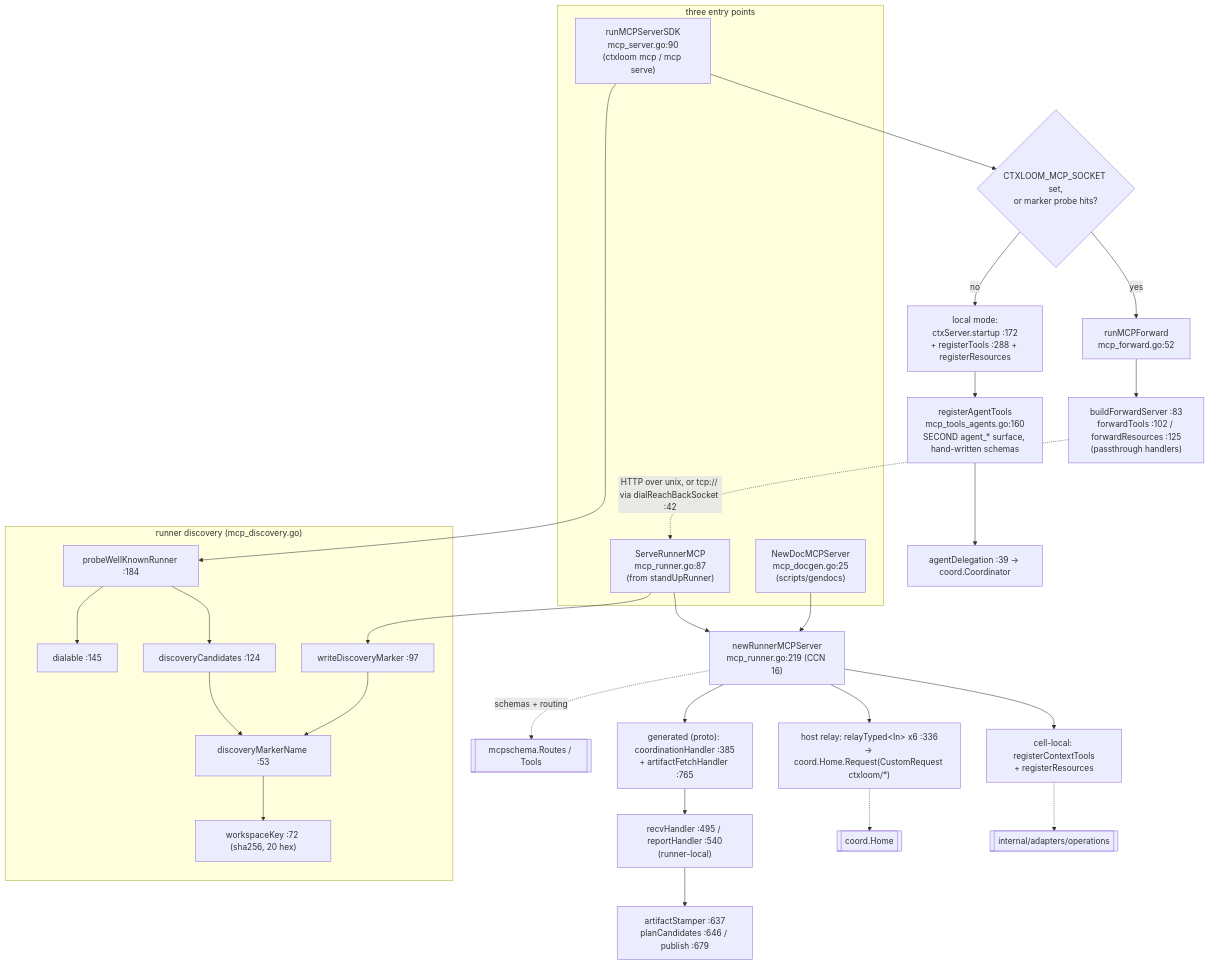
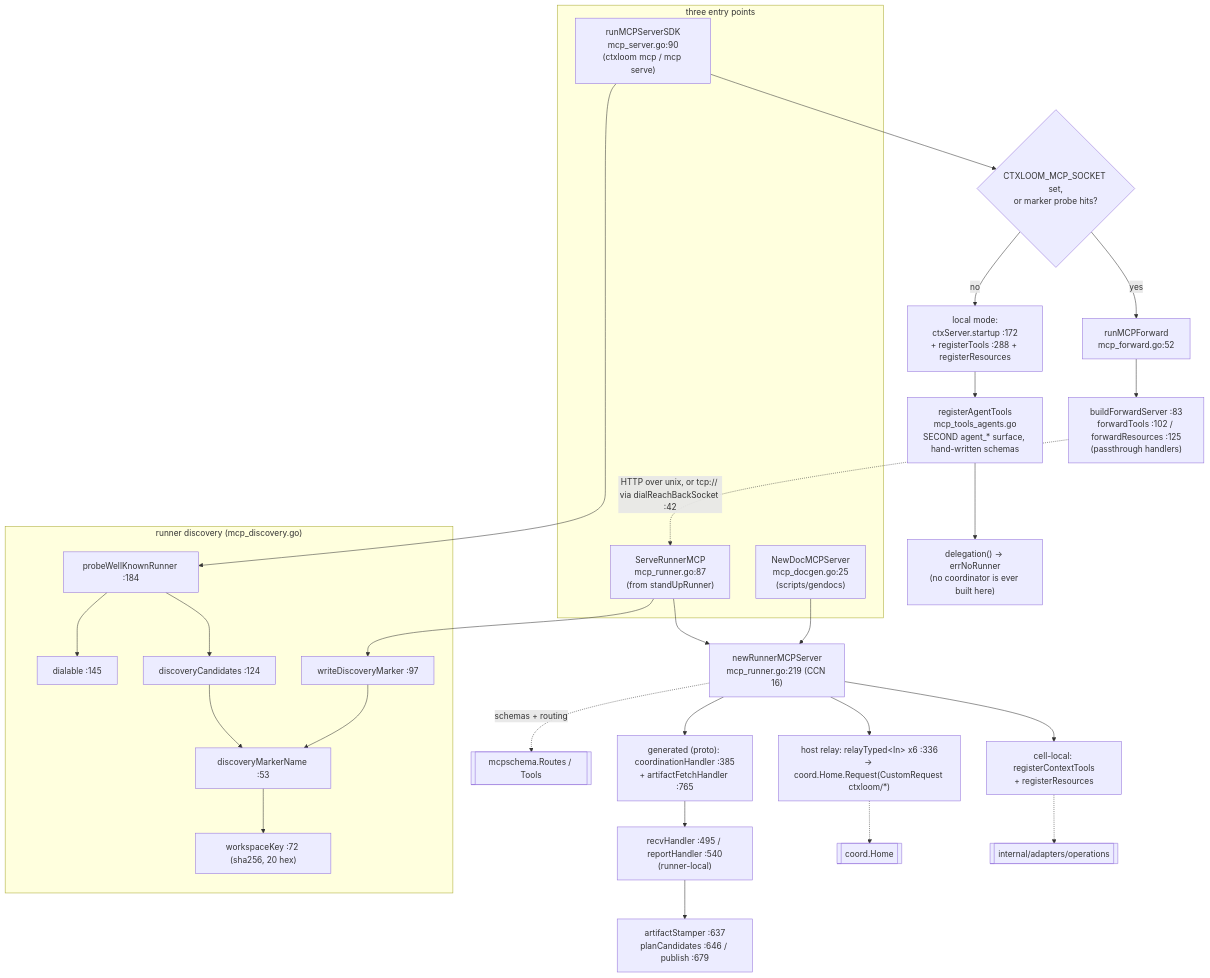
The diagram in docs/architecture/cli/mcp.md (ctxloom/ctxloom), drawn with Mermaid before and after one commit. The commit also changed other lines of this file and 1 other file, not shown here.

First line of the commit message:
docs(arch): a coordinator is hosted only by a runner — the shim's "local mode" refuses delegation, a second owner is refused

````diff
--- a/docs/architecture/cli/mcp.md
+++ b/docs/architecture/cli/mcp.md
@@ -19,39 +30,39 @@
 ```mermaid
 flowchart TD
     subgraph entry["three entry points"]
         A["runMCPServerSDK<br/>mcp_server.go:90<br/>(ctxloom mcp / mcp serve)"]
         B["ServeRunnerMCP<br/>mcp_runner.go:87<br/>(from standUpRunner)"]
         C["NewDocMCPServer<br/>mcp_docgen.go:25<br/>(scripts/gendocs)"]
     end
 
     A --> TRI{"CTXLOOM_MCP_SOCKET set,<br/>or marker probe hits?"}
     TRI -->|yes| F["runMCPForward<br/>mcp_forward.go:52"]
     TRI -->|no| L["local mode:<br/>ctxServer.startup :172<br/>+ registerTools :288 + registerResources"]
 
     F --> FS["buildForwardServer :83<br/>forwardTools :102 / forwardResources :125<br/>(passthrough handlers)"]
     FS -.->|"HTTP over unix, or tcp:// via dialReachBackSocket :42"| B
 
     B --> N["newRunnerMCPServer<br/>mcp_runner.go:219 (CCN 16)"]
     C --> N
 
     N --> R1["cell-local: registerContextTools<br/>+ registerResources"]
     N --> R2["host relay: relayTyped&lt;In&gt; x6 :336<br/>→ coord.Home.Request(CustomRequest ctxloom/*)"]
     N --> R3["generated (proto): coordinationHandler :385<br/>+ artifactFetchHandler :765"]
     R3 --> RH["recvHandler :495 / reportHandler :540<br/>(runner-local)"]
     RH --> ST["artifactStamper :637<br/>planCandidates :646 / publish :679"]
 
-    L --> AT["registerAgentTools<br/>mcp_tools_agents.go:160<br/>SECOND agent_* surface, hand-written schemas"]
-    AT --> AD["agentDelegation :39 → coord.Coordinator"]
+    L --> AT["registerAgentTools<br/>mcp_tools_agents.go<br/>SECOND agent_* surface, hand-written schemas"]
+    AT --> AD["delegation() → errNoRunner<br/>(no coordinator is ever built here)"]
 
     N -.->|"schemas + routing"| MS[["mcpschema.Routes / Tools"]]
     R1 -.-> OPS[["internal/adapters/operations"]]
     R2 -.-> HOME[["coord.Home"]]
 
     subgraph disc["runner discovery (mcp_discovery.go)"]
         WDM["writeDiscoveryMarker :97"] --> DMN["discoveryMarkerName :53"] --> WK["workspaceKey :72 (sha256, 20 hex)"]
         PWK["probeWellKnownRunner :184"] --> DC["discoveryCandidates :124"] --> DMN
         PWK --> DIAL["dialable :145"]
     end
     B --> WDM
     A --> PWK
 ```
````
